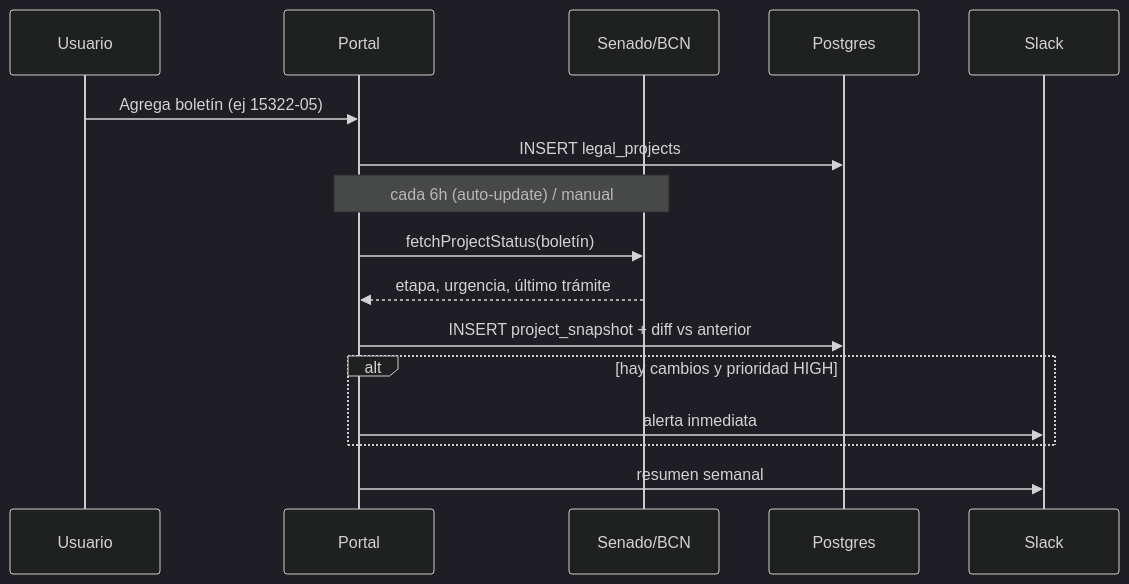
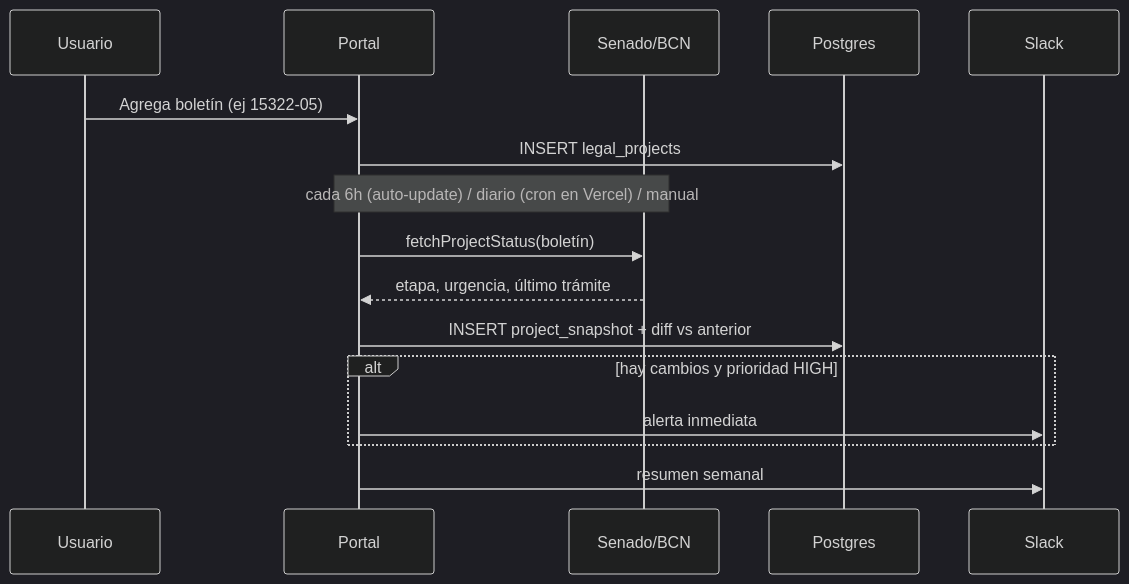
Before and after one commit to raimundo-hp67/Radar-legislativo: the second of 2 diagrams in ARCHITECTURE.md, drawn with Mermaid (dark theme). The commit also changed other lines of this file and 20 other files, not shown here.

````diff
--- a/ARCHITECTURE.md
+++ b/ARCHITECTURE.md
@@ -67,19 +68,19 @@
 ```mermaid
 sequenceDiagram
     participant U as Usuario
     participant P as Portal
     participant S as Senado/BCN
     participant DB as Postgres
     participant SL as Slack
 
     U->>P: Agrega boletín (ej 15322-05)
     P->>DB: INSERT legal_projects
-    Note over P,S: cada 6h (auto-update) / manual
+    Note over P,S: cada 6h (auto-update) / diario (cron en Vercel) / manual
     P->>S: fetchProjectStatus(boletín)
     S-->>P: etapa, urgencia, último trámite
     P->>DB: INSERT project_snapshot + diff vs anterior
     alt hay cambios y prioridad HIGH
         P->>SL: alerta inmediata
     end
     P->>SL: resumen semanal
 ```
````
